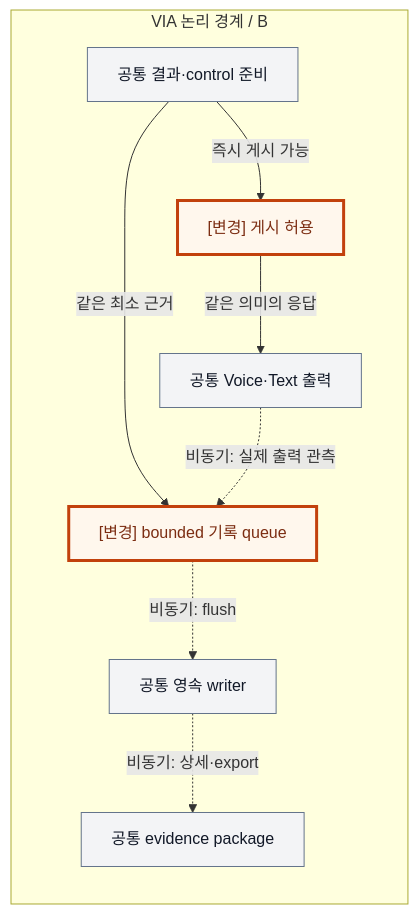
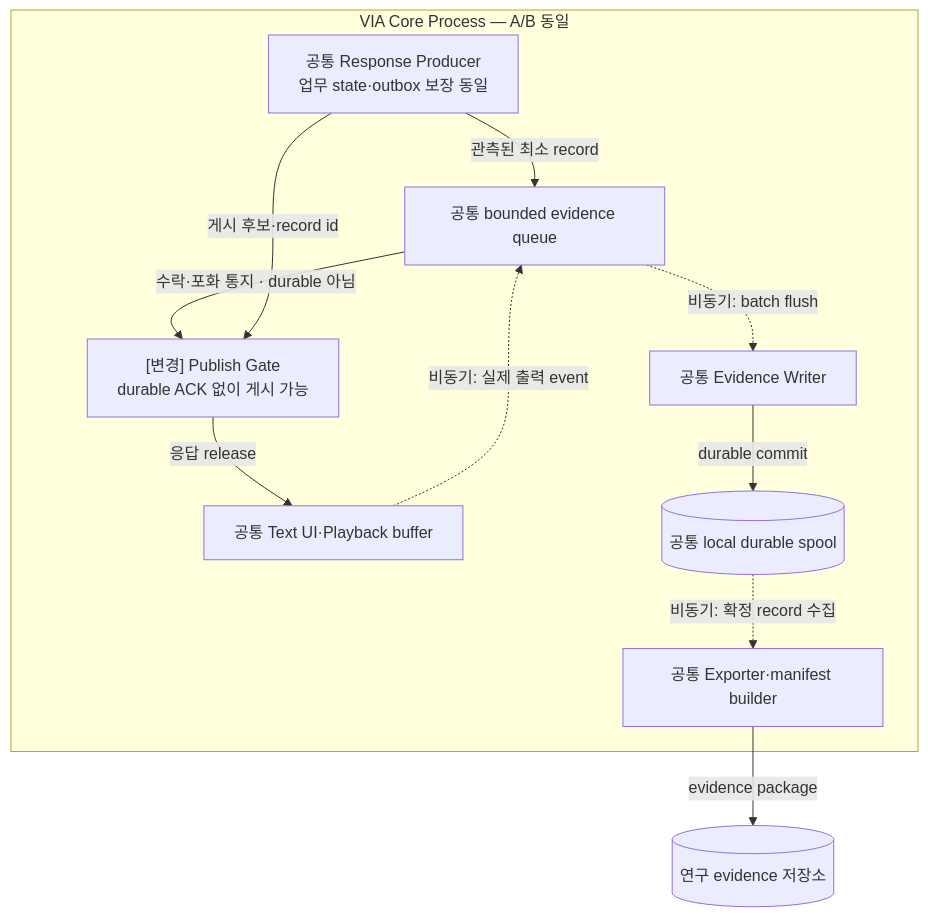
The third of 4 diagrams in docs/architecture/12-decisions/via-dp-12-evidence-commit.md (cbyche/via-sw-architecture), drawn with Mermaid before and after one commit. The commit also changed other lines of this file and 59 other files, not shown here.

Commit message:
docs: consolidate comprehensive VIA decision inventory and implementation diagrams

````diff
--- a/docs/architecture/12-decisions/via-dp-12-evidence-commit.md
+++ b/docs/architecture/12-decisions/via-dp-12-evidence-commit.md
@@ -70,17 +82,14 @@
 ```mermaid
 flowchart TB
- subgraph V["VIA 논리 경계 / B"]
- direction TB
- R["공통 결과·control 준비"] -->|즉시 게시 가능| P["[변경] 게시 허용"]
- R -->|같은 최소 근거| Q["[변경] bounded 기록 queue"]
- P -->|같은 의미의 응답| O["공통 Voice·Text 출력"]
- Q -.->|비동기: flush| L["공통 영속 writer"]
- O -.->|비동기: 실제 출력 관측| Q
- L -.->|비동기: 상세·export| E["공통 evidence package"]
+ subgraph V["VIA Core Process — A/B 동일"]
+ R["공통 Response Producer<br/>업무 state·outbox 보장 동일"] -->|"관측된 최소 record"| Q["공통 bounded evidence queue"]
+ Q -->|"수락·포화 통지 · durable 아님"| G["[변경] Publish Gate<br/>durable ACK 없이 게시 가능"]
+ R -->|"게시 후보·record id"| G
+ G -->|"응답 release"| P["공통 Text UI·Playback buffer"]
+ Q -.->|"비동기: batch flush"| W["공통 Evidence Writer"]
+ W -->|"durable commit"| S[("공통 local durable spool")]
+ P -.->|"비동기: 실제 출력 event"| Q
+ S -.->|"비동기: 확정 record 수집"| X["공통 Exporter·manifest builder"]
  end
-
-classDef common fill:#F3F4F6,stroke:#64748B,color:#111827;
-classDef change fill:#FFF7ED,stroke:#C2410C,stroke-width:3px,color:#7C2D12;
-class R,O,L,E common;
-class P,Q change;
+ X -->|"evidence package"| E[("연구 evidence 저장소")]
 ```
````
